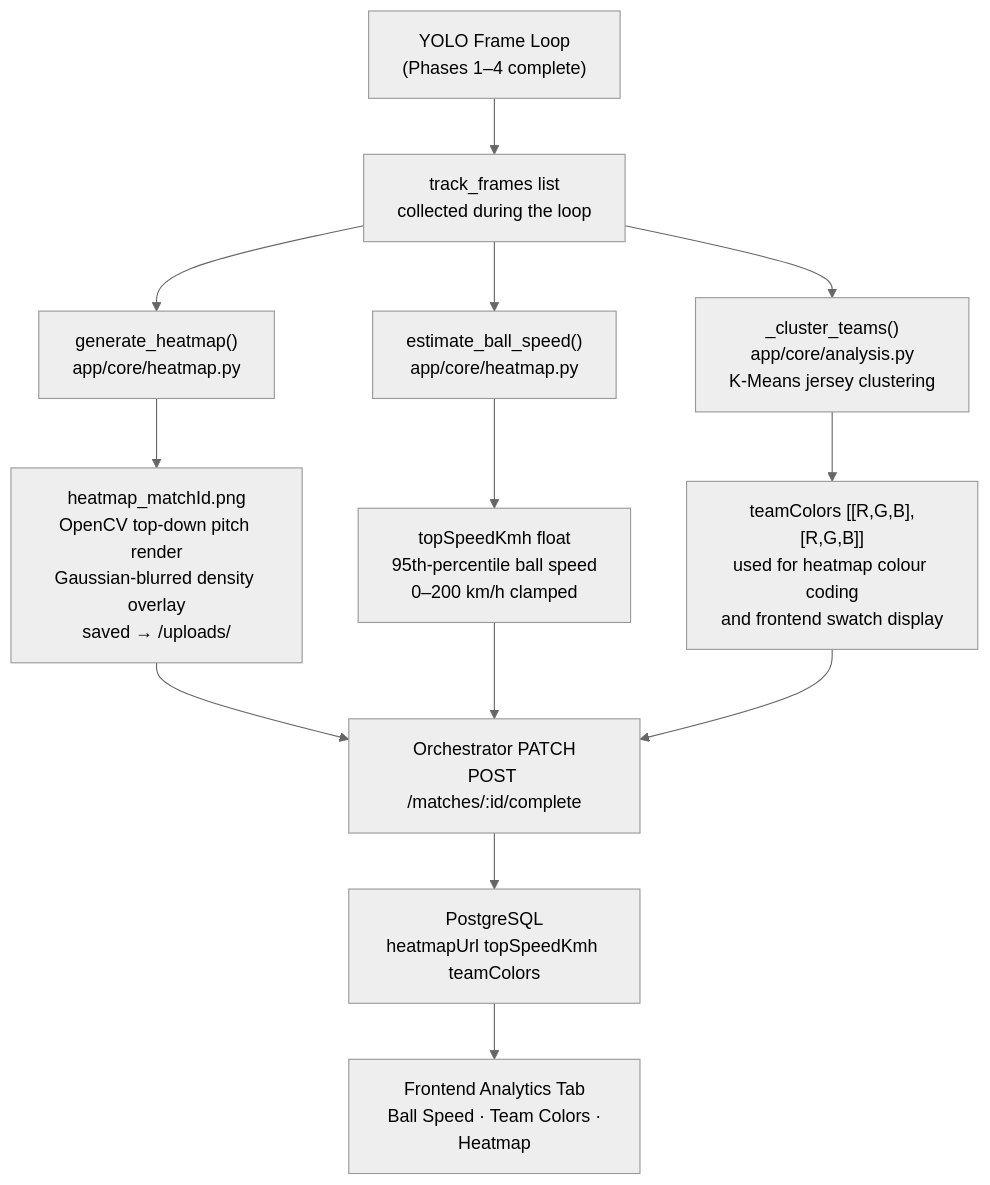
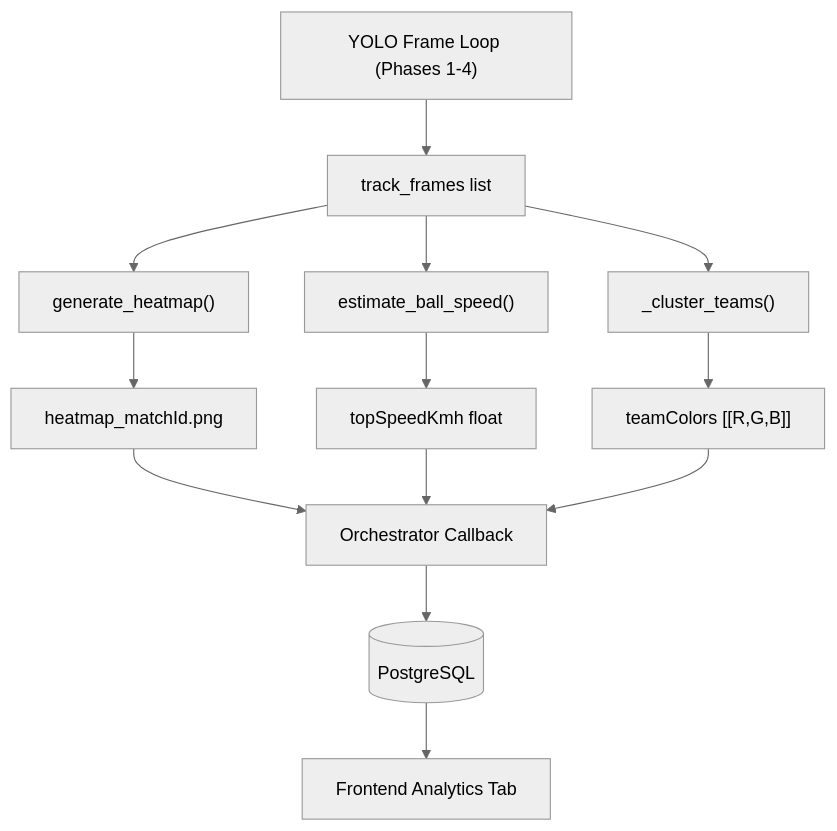
One commit to FTS18/Matcha-AI-DTU changed the third of 4 diagrams in docs/ARCHITECTURE.md. Above: the diagram before and after it, drawn with Mermaid (neutral theme). The commit also changed other lines of this file and 10 other files, not shown here.

````diff
--- a/docs/ARCHITECTURE.md
+++ b/docs/ARCHITECTURE.md
@@ -450,27 +133,15 @@
 ```mermaid
 graph TD
-
-A["YOLO Frame Loop\n(Phases 1–4 complete)"] --> TF["track_frames list\ncollected during the loop"]
-
-TF --> H["generate_heatmap()\napp/core/heatmap.py"]
-
-TF --> S["estimate_ball_speed()\napp/core/heatmap.py"]
-
-TF --> TC["_cluster_teams()\napp/core/analysis.py\nK-Means jersey clustering"]
-
-H --> HI["heatmap_matchId.png\nOpenCV top-down pitch render\nGaussian-blurred density overlay\nsaved → /uploads/"]
-
-S --> SP["topSpeedKmh float\n95th-percentile ball speed\n0–200 km/h clamped"]
-
-TC --> CO["teamColors [[R,G,B],[R,G,B]]\nused for heatmap colour coding\nand frontend swatch display"]
-
-HI --> PL["Orchestrator PATCH\nPOST /matches/:id/complete"]
-
-SP --> PL
-
-CO --> PL
-
-PL --> DB["PostgreSQL\nheatmapUrl topSpeedKmh teamColors"]
-
-DB --> FE["Frontend Analytics Tab\n Ball Speed · Team Colors · Heatmap"]
+    A["YOLO Frame Loop (Phases 1-4)"] --> TF["track_frames list"]
+    TF --> H["generate_heatmap()"]
+    TF --> S["estimate_ball_speed()"]
+    TF --> TC["_cluster_teams()"]
+    
+    H --> HI["heatmap_matchId.png"]
+    S --> SP["topSpeedKmh float"]
+    TC --> CO["teamColors [[R,G,B]]"]
+    
+    HI & SP & CO --> PL["Orchestrator Callback"]
+    PL --> DB[("PostgreSQL")]
+    DB --> FE["Frontend Analytics Tab"]
 ```
````
